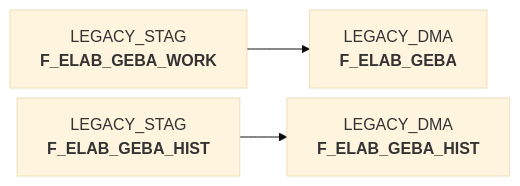
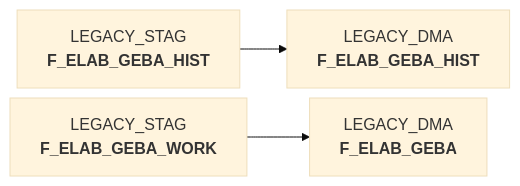
The diagram in docs/Applications/BDWH_ELABGEBA/snow_elabgeba_200_nach_dma.sas.md (integration-factory-de/sas_code_docs), drawn with Mermaid (base theme) before and after one commit. The commit also changed other lines of this file and 129 other files, not shown here.

````diff
--- a/docs/Applications/BDWH_ELABGEBA/snow_elabgeba_200_nach_dma.sas.md
+++ b/docs/Applications/BDWH_ELABGEBA/snow_elabgeba_200_nach_dma.sas.md
@@ -9,12 +37,12 @@
 ```mermaid
 %%{init: {'flowchart': { 'nodeSpacing': 10, 'rankSpacing': 40, 'rankdir': 'TB' }}}%%
 
 flowchart LR
 
+  LEGACY_STAG.F_ELAB_GEBA_HIST["LEGACY_STAG<br/><b>F_ELAB_GEBA_HIST</b>"] --> LEGACY_DMA.F_ELAB_GEBA_HIST["LEGACY_DMA<br/><b>F_ELAB_GEBA_HIST</b>"]
   LEGACY_STAG.F_ELAB_GEBA_WORK["LEGACY_STAG<br/><b>F_ELAB_GEBA_WORK</b>"] --> LEGACY_DMA.F_ELAB_GEBA["LEGACY_DMA<br/><b>F_ELAB_GEBA</b>"]
-  LEGACY_STAG.F_ELAB_GEBA_HIST["LEGACY_STAG<br/><b>F_ELAB_GEBA_HIST</b>"] --> LEGACY_DMA.F_ELAB_GEBA_HIST["LEGACY_DMA<br/><b>F_ELAB_GEBA_HIST</b>"]
+  click LEGACY_STAG.F_ELAB_GEBA_HIST "../../tables/LEGACY_STAG/F_ELAB_GEBA_HIST"
   click LEGACY_STAG.F_ELAB_GEBA_WORK "../../tables/LEGACY_STAG/F_ELAB_GEBA_WORK"
-  click LEGACY_STAG.F_ELAB_GEBA_HIST "../../tables/LEGACY_STAG/F_ELAB_GEBA_HIST"
+  click LEGACY_DMA.F_ELAB_GEBA_HIST "../../tables/LEGACY_DMA/F_ELAB_GEBA_HIST"
   click LEGACY_DMA.F_ELAB_GEBA "../../tables/LEGACY_DMA/F_ELAB_GEBA"
-  click LEGACY_DMA.F_ELAB_GEBA_HIST "../../tables/LEGACY_DMA/F_ELAB_GEBA_HIST"
 ```
````
